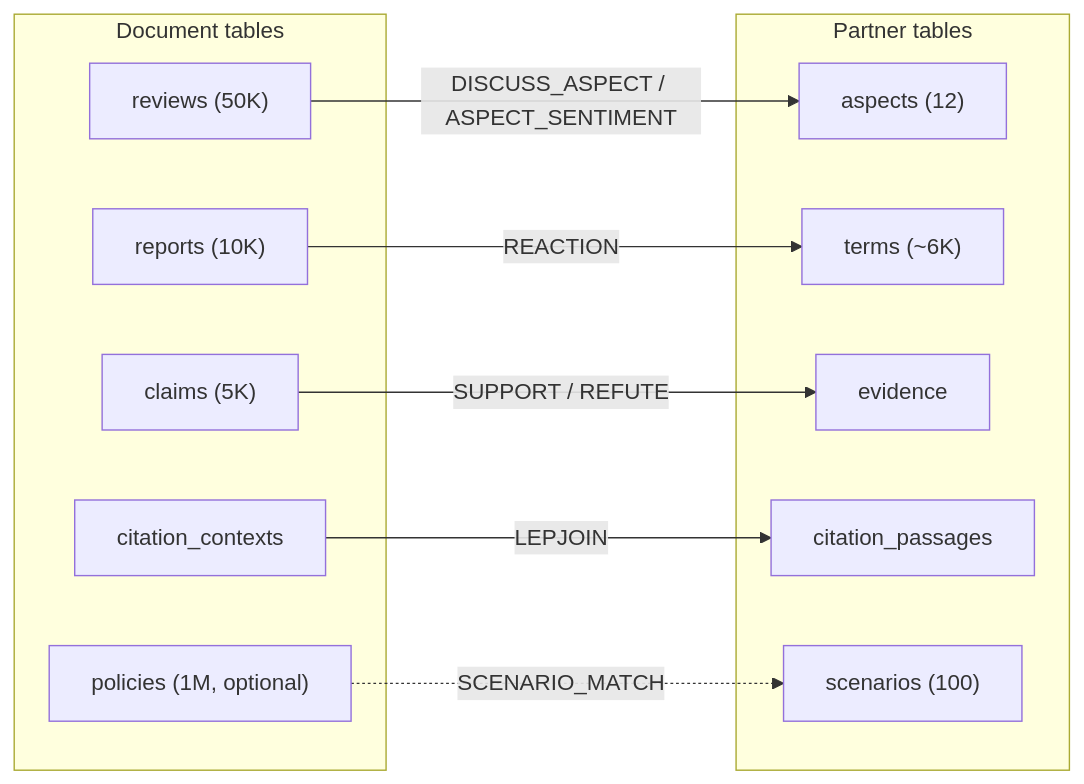
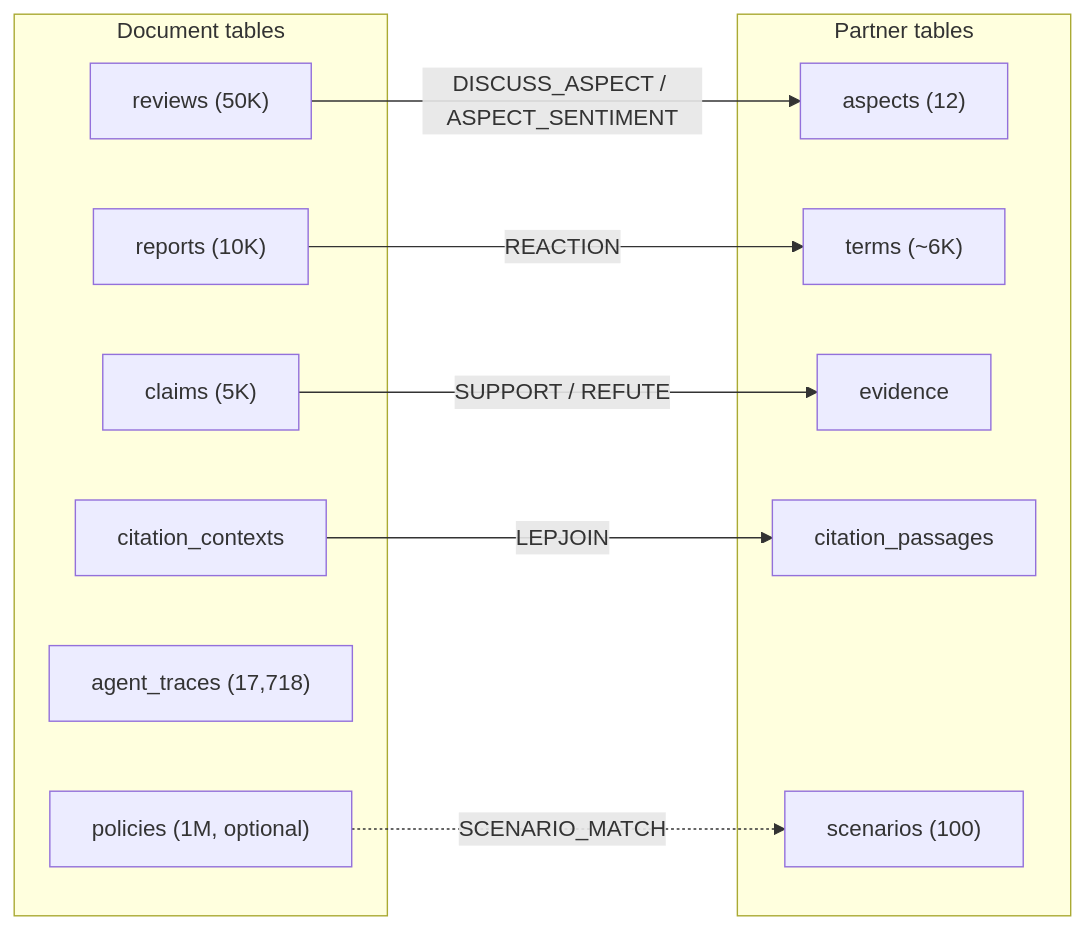
Before and after one commit to fsdatalab/quail: the diagram in reports/engine-wiki.md, drawn with Mermaid. The commit also changed other lines of this file and 23 other files, not shown here.

````diff
--- a/reports/engine-wiki.md
+++ b/reports/engine-wiki.md
@@ -1211,22 +1219,23 @@
 ```mermaid
 graph LR
     subgraph Document tables
         reviews["reviews (50K)"]
         reports["reports (10K)"]
         claims["claims (5K)"]
         citation_contexts["citation_contexts"]
+        agent_traces["agent_traces (17,718)"]
         policies["policies (1M, optional)"]
     end
     subgraph Partner tables
         aspects["aspects (12)"]
         terms["terms (~6K)"]
         evidence["evidence"]
         citation_passages["citation_passages"]
         scenarios["scenarios (100)"]
     end
     reviews -- "DISCUSS_ASPECT / ASPECT_SENTIMENT" --> aspects
     reports -- "REACTION" --> terms
     claims -- "SUPPORT / REFUTE" --> evidence
     citation_contexts -- "LEPJOIN" --> citation_passages
     policies -. "SCENARIO_MATCH" .-> scenarios
 ```
````
